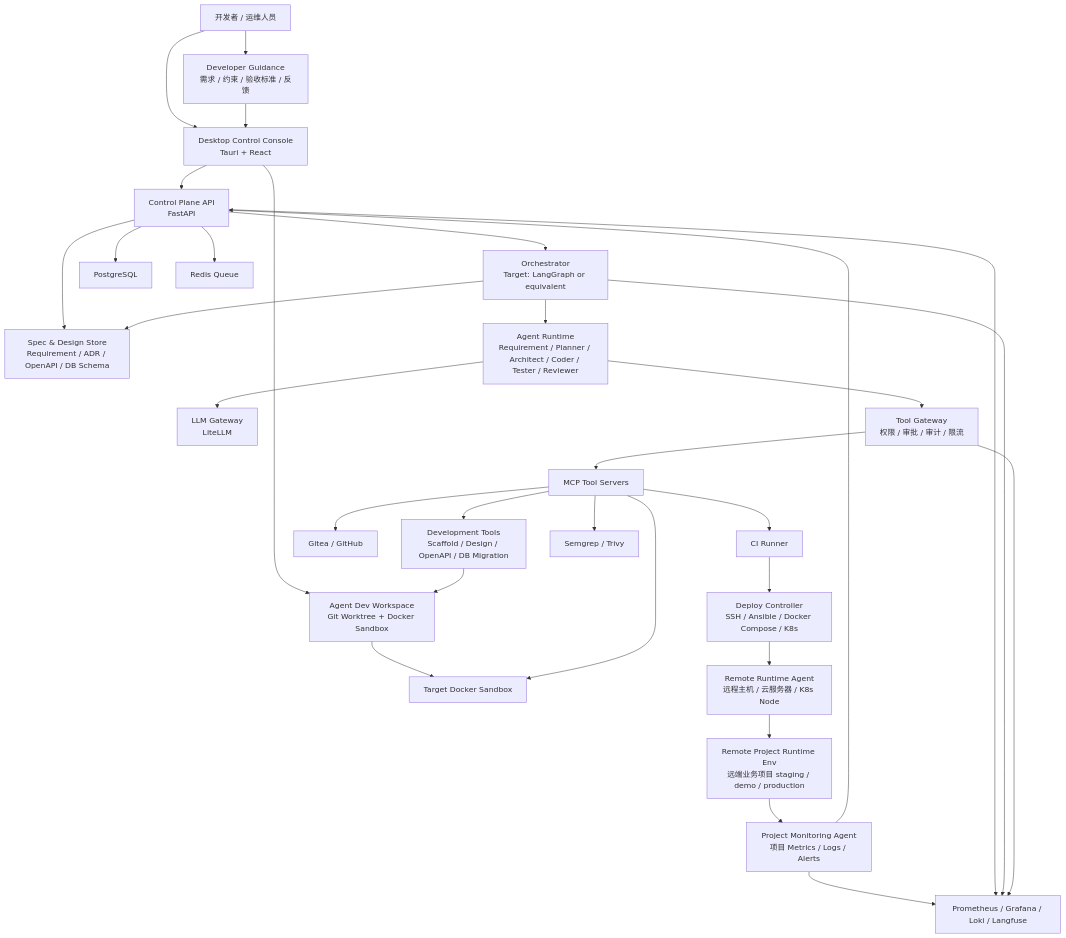
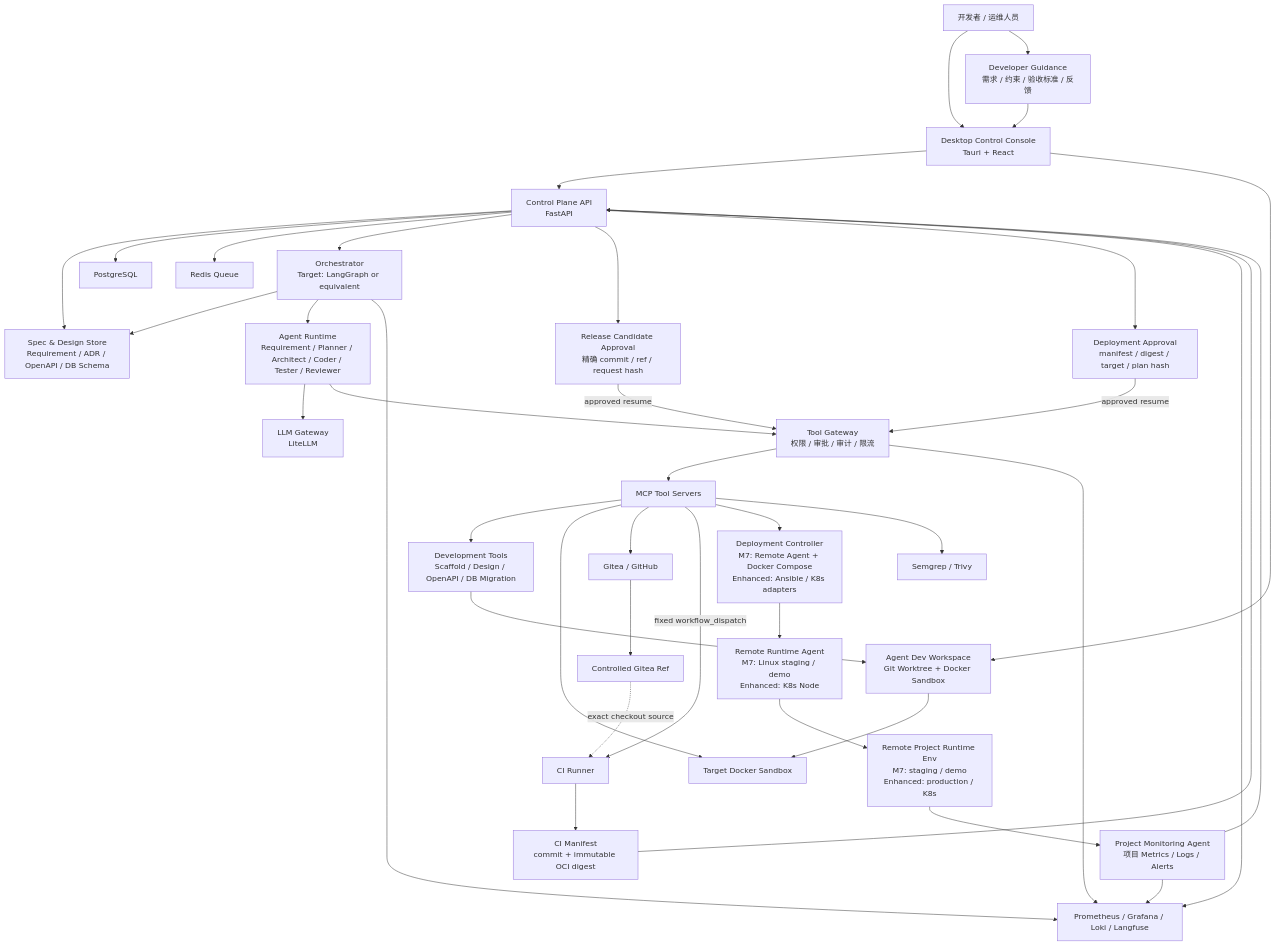
Before and after one commit to ChaceQC/CloudHelm: the second of 2 diagrams in docs/01-architecture/00-system-architecture.md, drawn with Mermaid. The commit also changed other lines of this file and 36 other files, not shown here.

````diff
--- a/docs/01-architecture/00-system-architecture.md
+++ b/docs/01-architecture/00-system-architecture.md
@@ -52,57 +77,69 @@
 ```mermaid
 flowchart TB
     User["开发者 / 运维人员"]
     Console["Desktop Control Console\nTauri + React"]
     Guidance["Developer Guidance\n需求 / 约束 / 验收标准 / 反馈"]
     Spec["Spec & Design Store\nRequirement / ADR / OpenAPI / DB Schema"]
     LocalDev["Agent Dev Workspace\nGit Worktree + Docker Sandbox"]
     API["Control Plane API\nFastAPI"]
     Orchestrator["Orchestrator\nTarget: LangGraph or equivalent"]
     AgentRuntime["Agent Runtime\nRequirement / Planner / Architect / Coder / Tester / Reviewer"]
     LLM["LLM Gateway\nLiteLLM"]
     ToolGateway["Tool Gateway\n权限 / 审批 / 审计 / 限流"]
     MCP["MCP Tool Servers"]
     DevTools["Development Tools\nScaffold / Design / OpenAPI / DB Migration"]
     Sandbox["Target Docker Sandbox"]
     Git["Gitea / GitHub"]
+    ReleaseApproval["Release Candidate Approval\n精确 commit / ref / request hash"]
+    ControlledRef["Controlled Gitea Ref"]
     CI["CI Runner"]
-    Deploy["Deploy Controller\nSSH / Ansible / Docker Compose / K8s"]
-    RemoteAgent["Remote Runtime Agent\n远程主机 / 云服务器 / K8s Node"]
-    RemoteEnv["Remote Project Runtime Env\n远端业务项目 staging / demo / production"]
+    CIManifest["CI Manifest\ncommit + immutable OCI digest"]
+    DeploymentApproval["Deployment Approval\nmanifest / digest / target / plan hash"]
+    Deploy["Deployment Controller\nM7: Remote Agent + Docker Compose\nEnhanced: Ansible / K8s adapters"]
+    RemoteAgent["Remote Runtime Agent\nM7: Linux staging / demo\nEnhanced: K8s Node"]
+    RemoteEnv["Remote Project Runtime Env\nM7: staging / demo\nEnhanced: production / K8s"]
     Monitor["Project Monitoring Agent\n项目 Metrics / Logs / Alerts"]
     Security["Semgrep / Trivy"]
     Obs["Prometheus / Grafana / Loki / Langfuse"]
     DB["PostgreSQL"]
     Redis["Redis Queue"]
 
     User --> Console
     User --> Guidance
     Guidance --> Console
     Console --> API
     Console --> LocalDev
     API --> Spec
     API --> DB
     API --> Redis
     API --> Orchestrator
+    API --> ReleaseApproval
+    API --> DeploymentApproval
     Orchestrator --> Spec
     Orchestrator --> AgentRuntime
     AgentRuntime --> LLM
     AgentRuntime --> ToolGateway
     ToolGateway --> MCP
     MCP --> DevTools
     DevTools --> LocalDev
     LocalDev --> Sandbox
     MCP --> Sandbox
     MCP --> Git
-    MCP --> CI
-    CI --> Deploy
+    ReleaseApproval -->|"approved resume"| ToolGateway
+    Git --> ControlledRef
+    ControlledRef -.->|"exact checkout source"| CI
+    MCP -->|"fixed workflow_dispatch"| CI
+    CI --> CIManifest
+    CIManifest --> API
+    DeploymentApproval -->|"approved resume"| ToolGateway
+    MCP --> Deploy
     Deploy --> RemoteAgent
     RemoteAgent --> RemoteEnv
     RemoteEnv --> Monitor
     Monitor --> Obs
     Monitor --> API
     MCP --> Security
     API --> Obs
     Orchestrator --> Obs
     ToolGateway --> Obs
 ```
````
